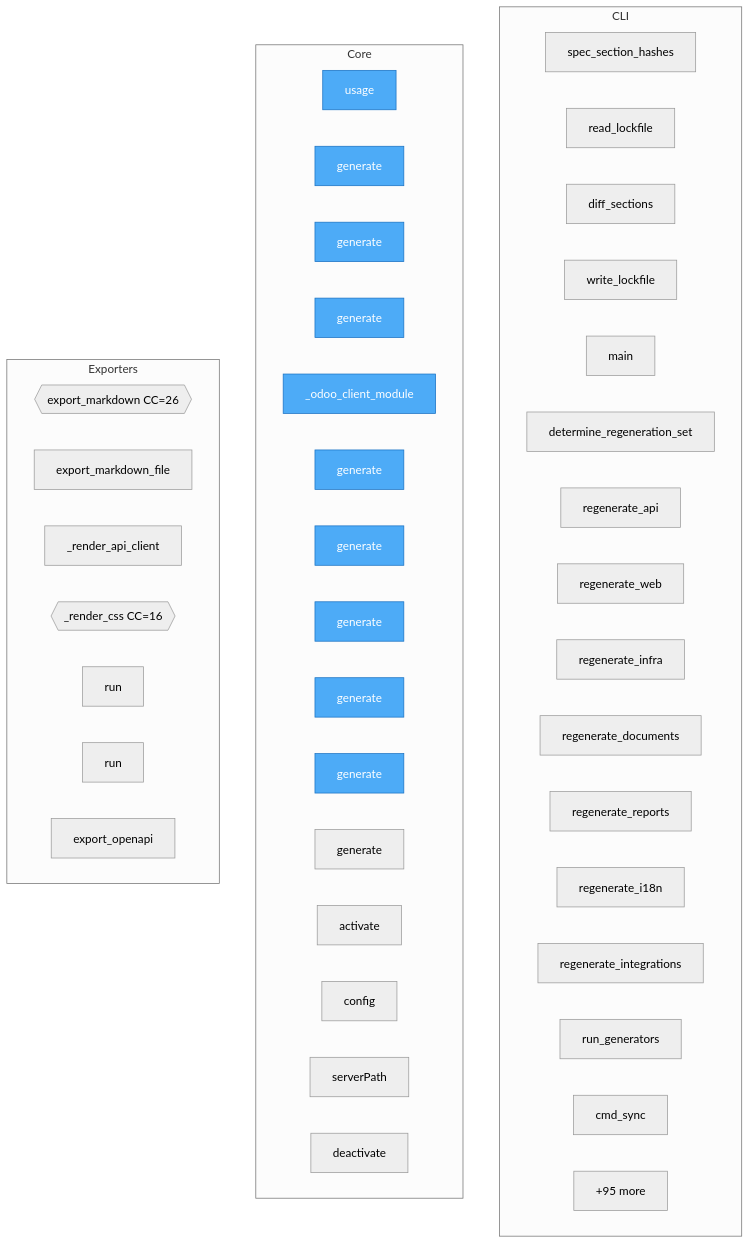
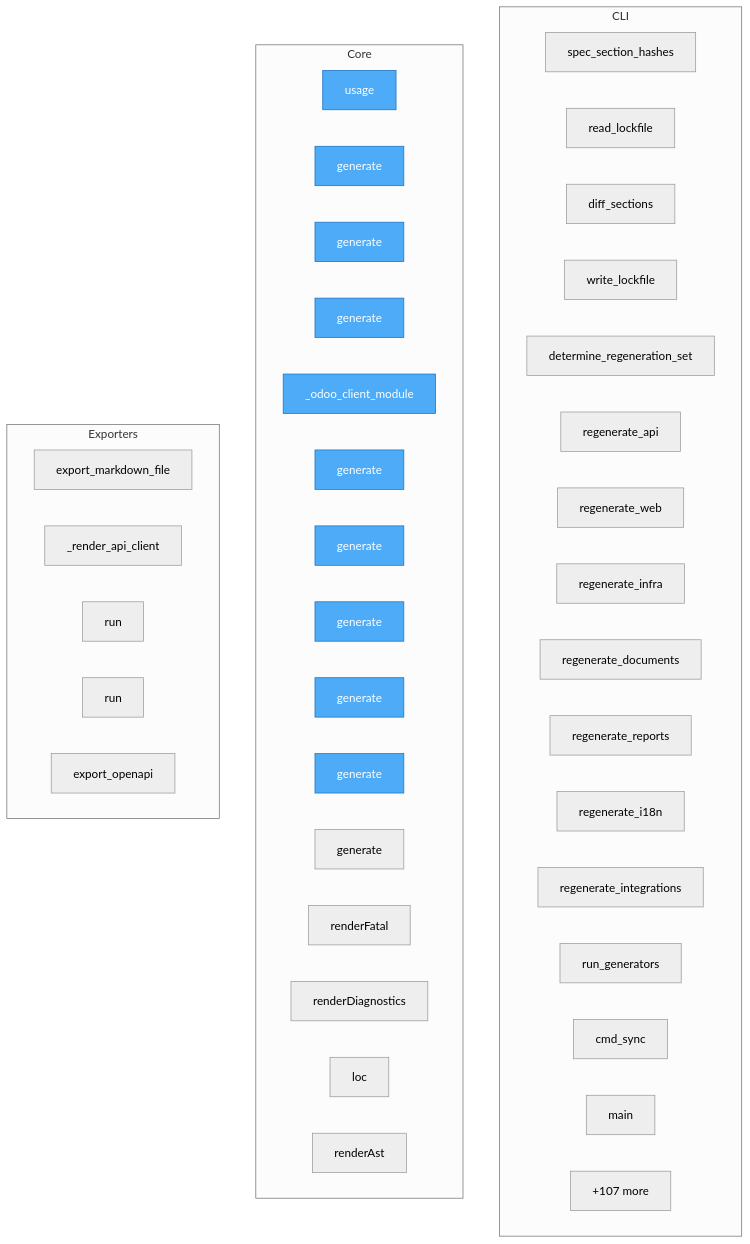
The diagram in project/flow.mmd (oqlos/doql), drawn with Mermaid (neutral theme) before and after one commit. The commit also changed 62 other files, not shown here.

```diff
--- a/project/flow.mmd
+++ b/project/flow.mmd
@@ -1,54 +1,52 @@
 flowchart TD
 
     %% Entry points (blue)
     classDef entry fill:#4dabf7,stroke:#1971c2,color:#fff
 
     subgraph CLI
         doql__cli__lockfile__spec_section_hashes["spec_section_hashes"]
         doql__cli__lockfile__read_lockfile["read_lockfile"]
         doql__cli__lockfile__diff_sections["diff_sections"]
         doql__cli__lockfile__write_lockfile["write_lockfile"]
-        doql__cli__main__main["main"]
         doql__cli__sync__determine_regeneration_set["determine_regeneration_set"]
         doql__cli__sync__regenerate_api["regenerate_api"]
         doql__cli__sync__regenerate_web["regenerate_web"]
         doql__cli__sync__regenerate_infra["regenerate_infra"]
         doql__cli__sync__regenerate_documents["regenerate_documents"]
         doql__cli__sync__regenerate_reports["regenerate_reports"]
         doql__cli__sync__regenerate_i18n["regenerate_i18n"]
         doql__cli__sync__regenerate_integrations["regenerate_integrations"]
         doql__cli__sync__run_generators["run_generators"]
         doql__cli__sync__cmd_sync["cmd_sync"]
+        doql__cli__main__main["main"]
         ...["+26 more"]
     end
 
     subgraph Core
         doql__usage["usage"]
+        plugins__doql_plugin_iso17025__doql_plugin_iso17025__traceability__generate["generate"]
         plugins__doql_plugin_gxp__doql_plugin_gxp__generate["generate"]
-        plugins__doql_plugin_iso17025__doql_plugin_iso17025__traceability__generate["generate"]
-        plugins__doql_plugin_iso17025__doql_plugin_iso17025__certificate__generate["generate"]
+        plugins__doql_plugin_fleet__doql_plugin_fleet__generate["generate"]
         plugins__doql_plugin_erp__doql_plugin_erp___odoo_client_module["_odoo_client_module"]
         plugins__doql_plugin_erp__doql_plugin_erp__generate["generate"]
-        plugins__doql_plugin_fleet__doql_plugin_fleet__generate["generate"]
         plugins__doql_plugin_iso17025__doql_plugin_iso17025__generate["generate"]
+        plugins__doql_plugin_iso17025__doql_plugin_iso17025__certificate__generate["generate"]
         plugins__doql_plugin_iso17025__doql_plugin_iso17025__migration__generate["generate"]
         plugins__doql_plugin_iso17025__doql_plugin_iso17025__uncertainty__generate["generate"]
         plugins__doql_plugin_iso17025__doql_plugin_iso17025__drift_monitor__generate["generate"]
-        vscode_doql__src__extension__activate["activate"]
-        vscode_doql__src__extension__config["config"]
-        vscode_doql__src__extension__serverPath["serverPath"]
-        vscode_doql__src__extension__deactivate["deactivate"]
-        ...["+95 more"]
+        playground__renderers__renderFatal["renderFatal"]
+        playground__renderers__renderDiagnostics["renderDiagnostics"]
+        playground__renderers__loc["loc"]
+        playground__renderers__renderAst["renderAst"]
+        ...["+107 more"]
     end
 
     subgraph Exporters
-        doql__exporters__markdown_exporter__export_markdown{{export_markdown CC=26}}
         doql__exporters__markdown_exporter__export_markdown_file["export_markdown_file"]
         doql__exporters__css_exporter___render_api_client["_render_api_client"]
-        doql__exporters__css_exporter___render_css{{_render_css CC=16}}
         doql__generators__export_postman__run["run"]
         doql__generators__export_ts_sdk__run["run"]
         doql__generators__api_gen__export_openapi["export_openapi"]
     end
 
-    class doql__usage,plugins__doql_plugin_gxp__doql_plugin_gxp__generate,plugins__doql_plugin_iso17025__doql_plugin_iso17025__traceability__generate,plugins__doql_plugin_iso17025__doql_plugin_iso17025__certificate__generate,plugins__doql_plugin_erp__doql_plugin_erp___odoo_client_module,plugins__doql_plugin_erp__doql_plugin_erp__generate,plugins__doql_plugin_fleet__doql_plugin_fleet__generate,plugins__doql_plugin_iso17025__doql_plugin_iso17025__generate,plugins__doql_plugin_iso17025__doql_plugin_iso17025__migration__generate,plugins__doql_plugin_iso17025__doql_plugin_iso17025__uncertainty__generate entry
+    class doql__usage,plugins__doql_plugin_iso17025__doql_plugin_iso17025__traceability__generate,plugins__doql_plugin_gxp__doql_plugin_gxp__generate,plugins__doql_plugin_fleet__doql_plugin_fleet__generate,plugins__doql_plugin_erp__doql_plugin_erp___odoo_client_module,plugins__doql_plugin_erp__doql_plugin_erp__generate,plugins__doql_plugin_iso17025__doql_plugin_iso17025__generate,plugins__doql_plugin_iso17025__doql_plugin_iso17025__certificate__generate,plugins__doql_plugin_iso17025__doql_plugin_iso17025__migration__generate,plugins__doql_plugin_iso17025__doql_plugin_iso17025__uncertainty__generate entry
```
